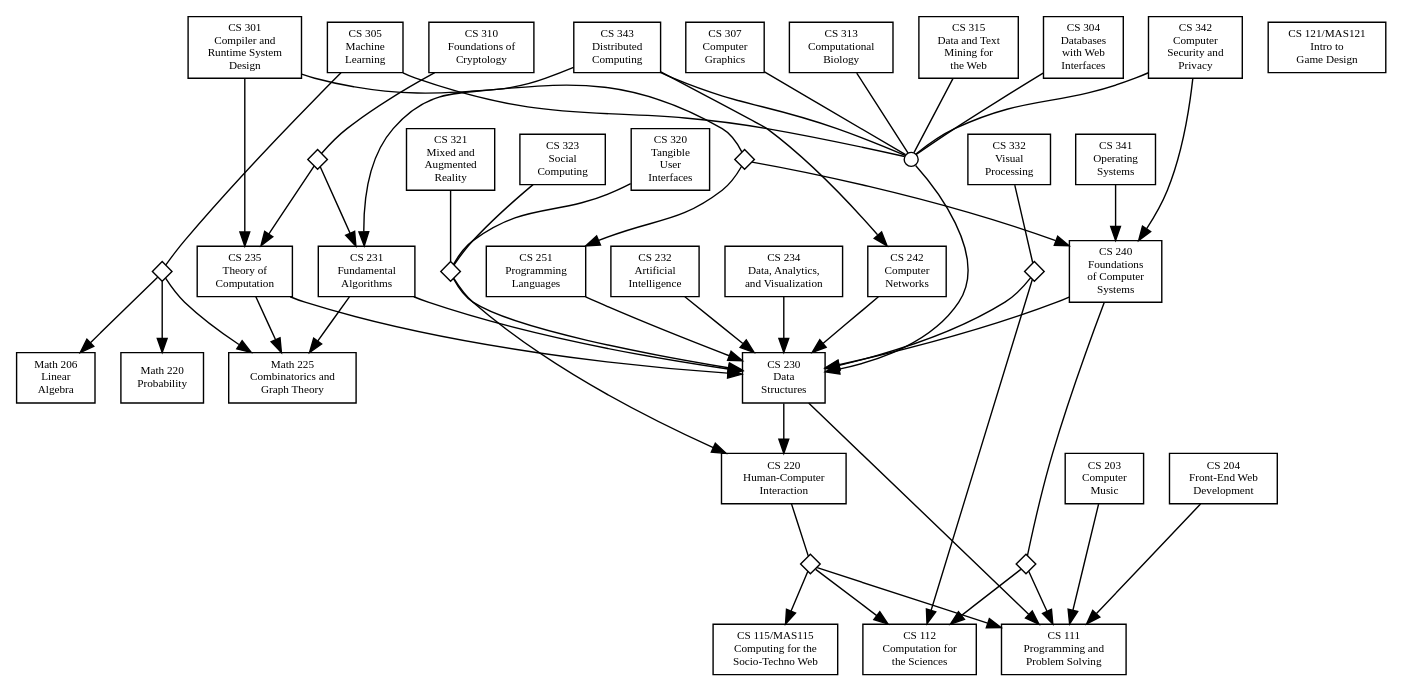
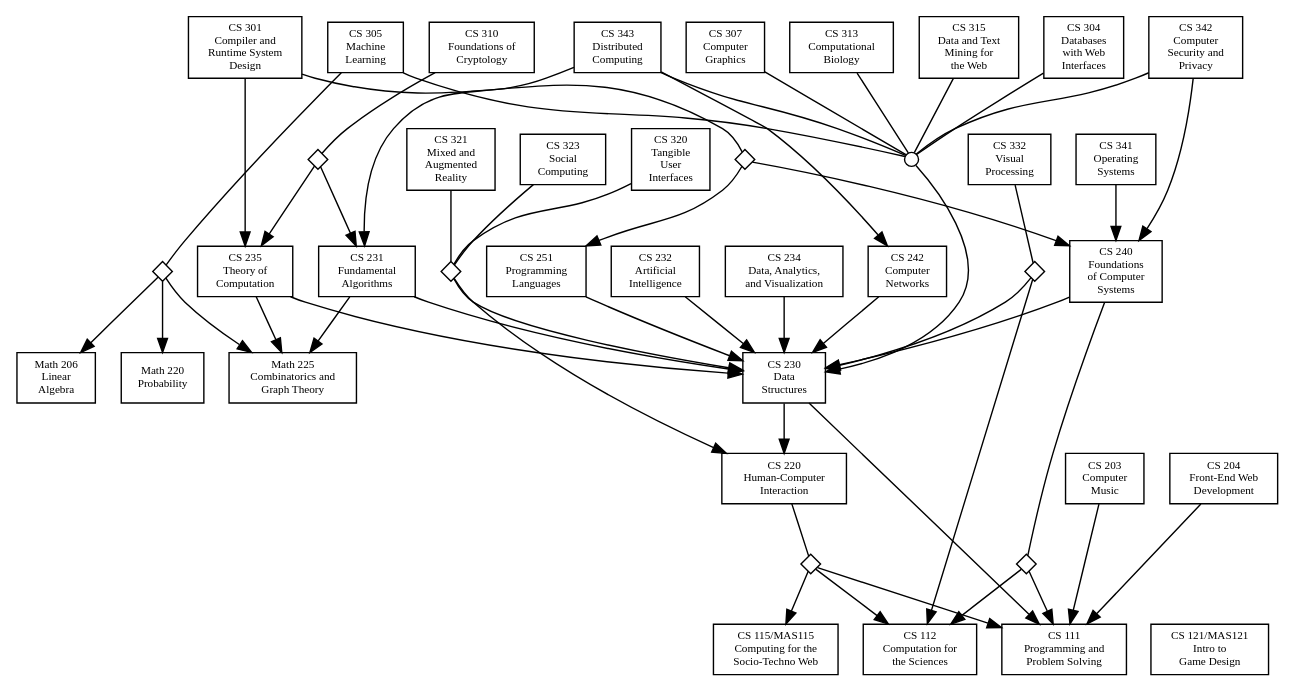
The diagram in prereqs.dot (solsword/prereqs), drawn with Graphviz before and after one commit.

Commit message:
Added cs121 to the rank=same for the other intro courses.
-Peter Mawhorter

```diff
--- a/prereqs.dot
+++ b/prereqs.dot
@@ -1,127 +1,127 @@
 digraph Course_Prerequisites {
   // Default properties for every node
   node [shape="rectangle", fontsize="8", style="filled", fillcolor="white"];
 
   // Nodes (classes plus grouping nodes)
   cs111 [label="CS 111\nProgramming and\nProblem Solving", class="core intro"]
   cs112 [label="CS 112\nComputation for\nthe Sciences", class="intro"]
   cs115 [label="CS 115/MAS115\nComputing for the\nSocio-Techno Web", class="intro"]
   cs121 [label="CS 121/MAS121\nIntro to\nGame Design", class="intro"]
 
   cs230 [label="CS 230\nData\nStructures", class="core"]
   cs230up [label="", shape="circle", width="0.14", height="0.14", class="group"]
   cs240 [label="CS 240\nFoundations\nof Computer\nSystems", class="core"]
   cs111or112 [label="", shape="diamond", width="0.2", height="0.2", class="opt"]
   cs231 [label="CS 231\nFundamental\nAlgorithms", class="core"]
   cs235 [label="CS 235\nTheory of\nComputation", class="core"]
   cs251 [label="CS 251\nProgramming\nLanguages", class="core"] 
   cs230 -> cs220 [class="invisible"]
 
   math225 [label="Math 225\nCombinatorics and\nGraph Theory", class="math required"]
   math206 [label="Math 206\nLinear\nAlgebra", class="math"]
   math220 [label="Math 220\nProbability", class="math"]
 
   cs203 [label="CS 203\nComputer\nMusic", class="elective spring"]
   cs204 [label="CS 204\nFront-End Web\nDevelopment", class="elective"]
   cs220 [label="CS 220\nHuman-Computer\nInteraction", class="elective"]
   cs111or112or115 [label="", shape="diamond", width="0.2", height="0.2", class="opt"]
   cs232 [label="CS 232\nArtificial\nIntelligence", class="elective spring"]
   cs234 [label="CS 234\nData, Analytics,\nand Visualization", class="elective fall"]
   cs242 [label="CS 242\nComputer\nNetworks", class="elective notoffered"]
 
   cs301 [label="CS 301\nCompiler and\nRuntime System\nDesign", class="elective notoffered"]
   cs250or251 [label="", shape="diamond", width="0.2", height="0.2", class="opt"]
   cs304 [label="CS 304\nDatabases\nwith Web\nInterfaces", class="elective"]
   cs305 [label="CS 305\nMachine\nLearning", class="elective"]
   math225or206or220 [label="", shape="diamond", width="0.2", height="0.2", class="opt"]
   cs307 [label="CS 307\nComputer\nGraphics", class="elective fall"]
   cs310 [label="CS 310\nFoundations of\nCryptology", class="elective notoffered"]
   cs231or235 [label="", shape="diamond", width="0.2", height="0.2", class="opt"]
   cs313 [label="CS 313\nComputational\nBiology", class="elective fall"]
   cs315 [label="CS 315\nData and Text\nMining for\nthe Web", class="elective notoffered"]
   cs230or220 [label="", shape="diamond", width="0.2", height="0.2", class="opt"]
   cs320 [label="CS 320\nTangible\nUser\nInterfaces", class="elective notoffered"]
   cs321 [label="CS 321\nMixed and\nAugmented\nReality", class="elective spring"]
   cs323 [label="CS 323\nSocial\nComputing", class="elective fall"]
 
   cs332 [label="CS 332\nVisual\nProcessing", class="elective notoffered"]
   cs112or230 [label="", shape="diamond", width="0.2", height="0.2", class="opt"]
   cs341 [label="CS 341\nOperating\nSystems", class="elective notoffered"]
   cs342 [label="CS 342\nComputer\nSecurity and\nPrivacy", class="elective spring"]
   cs343 [label="CS 343\nDistributed\nComputing", class="elective spring"]
 
   // Arrangement of the nodes into rank groups
-  {rank=same cs111 cs112 cs115}
+  {rank=same cs111 cs112 cs115 cs121}
 
   {rank=same cs203 cs204 cs220}
 
   {rank=same
     cs230
     math206 math220 math225
   }
 
   {rank=same
     cs240
     cs231 cs235 cs251
     cs232 cs234 cs242
   }
 
   {rank=same
     cs301
     cs310
 
     cs304 cs305 cs307
     cs313 cs315
     cs342 cs343
   }
 
   {rank=same
     cs320 cs321 cs323
     cs332
     cs341
   }
 
   // Edges (course prerequisites)
   // In some ca
   cs203 -> cs111
   cs204 -> cs111
   cs220 -> cs111or112or115 [arrowhead="none", class="options"]
   cs111or112or115 -> { cs111, cs112, cs115 } [class="option"]
 
   cs230 -> cs111
   cs230up -> cs230
   cs240 -> cs230
   cs240 -> cs111or112 [arrowhead="none", class="options"]
   cs111or112 -> { cs111, cs112 } [class="option"]
   cs231 -> { cs230, math225 }
   cs235 -> { cs230, math225 }
   cs251 -> cs230
 
   cs232 -> cs230
   cs234 -> cs230
   cs242 -> cs230
 
   cs301 -> cs250or251 [arrowhead="none", class="options"]
   cs250or251 -> { cs240, cs251 } [class="option"]
   cs301 -> cs235 [class="recommended"]
   cs304 -> cs230up [arrowhead="none", class="grouping"]
   cs305 -> cs230up [arrowhead="none", class="grouping"]
   cs305 -> math225or206or220 [arrowhead="none", class="options"]
   math225or206or220 -> { math225, math206, math220 } [class="option"]
   cs307 -> cs230up [arrowhead="none", class="grouping"]
   cs310 -> cs231or235 [arrowhead="none", class="options"]
   cs231or235 -> { cs231, cs235 } [class="option"]
   cs313 -> cs230up [arrowhead="none", class="grouping"]
   cs315 -> cs230up [arrowhead="none", class="grouping"]
   cs320 -> cs230or220 [arrowhead="none", class="options"]
   cs230or220 -> { cs220, cs230 } [class="option"]
   cs321 -> cs230or220 [arrowhead="none", class="options"]
   cs323 -> cs230or220 [arrowhead="none", class="options"]
   cs332 -> cs112or230 [arrowhead="none", class="options"]
   cs112or230 -> { cs112, cs230 } [class="option"]
   cs341 -> cs240
   cs342 -> cs230up [arrowhead="none", class="grouping"]
   cs342 -> cs240
   cs343 -> cs230up [arrowhead="none", class="grouping"]
   cs343 -> { cs231, cs242 } [class="recommended"]
 }
```
